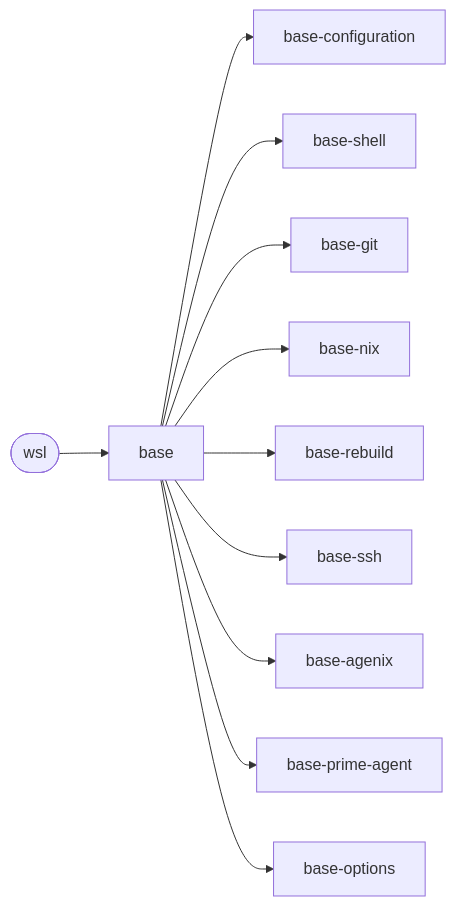
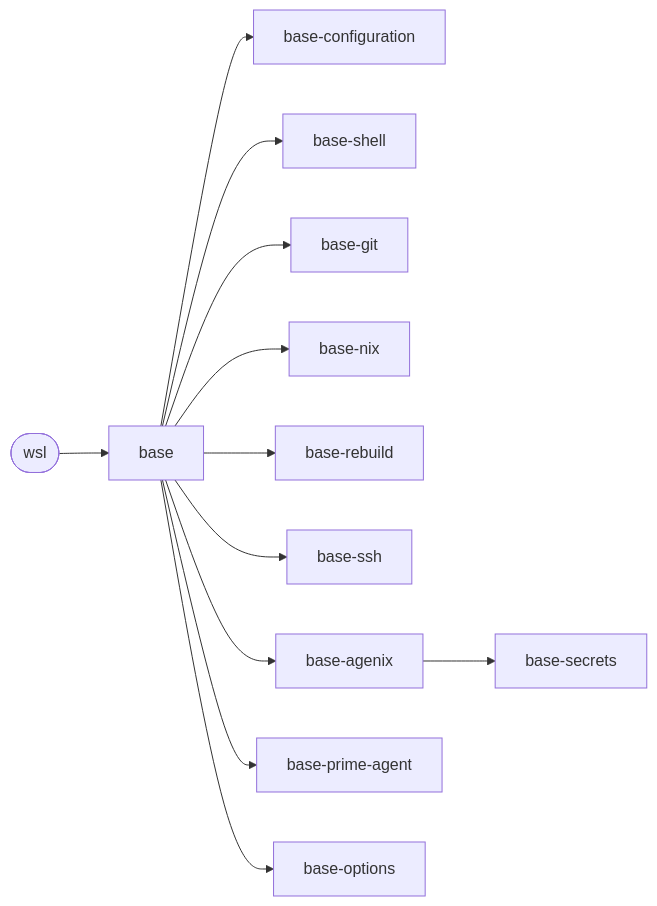
One commit to janusz-bit/nixos changed the third of 3 diagrams in docs/reference/hosts.md. Above: the diagram before and after it, drawn with Mermaid. The commit also changed other lines of this file and 2 other files, not shown here.

````diff
--- a/docs/reference/hosts.md
+++ b/docs/reference/hosts.md
@@ -183,14 +185,15 @@
 ```mermaid
 flowchart LR
   host_wsl([wsl])
   host_wsl --> base[base]
   base --> base_configuration[base-configuration]
   base --> base_shell[base-shell]
   base --> base_git[base-git]
   base --> base_nix[base-nix]
   base --> base_rebuild[base-rebuild]
   base --> base_ssh[base-ssh]
   base --> base_agenix[base-agenix]
   base --> base_prime_agent[base-prime-agent]
   base --> base_options[base-options]
+  base_agenix --> base_secrets[base-secrets]
 ```
````
